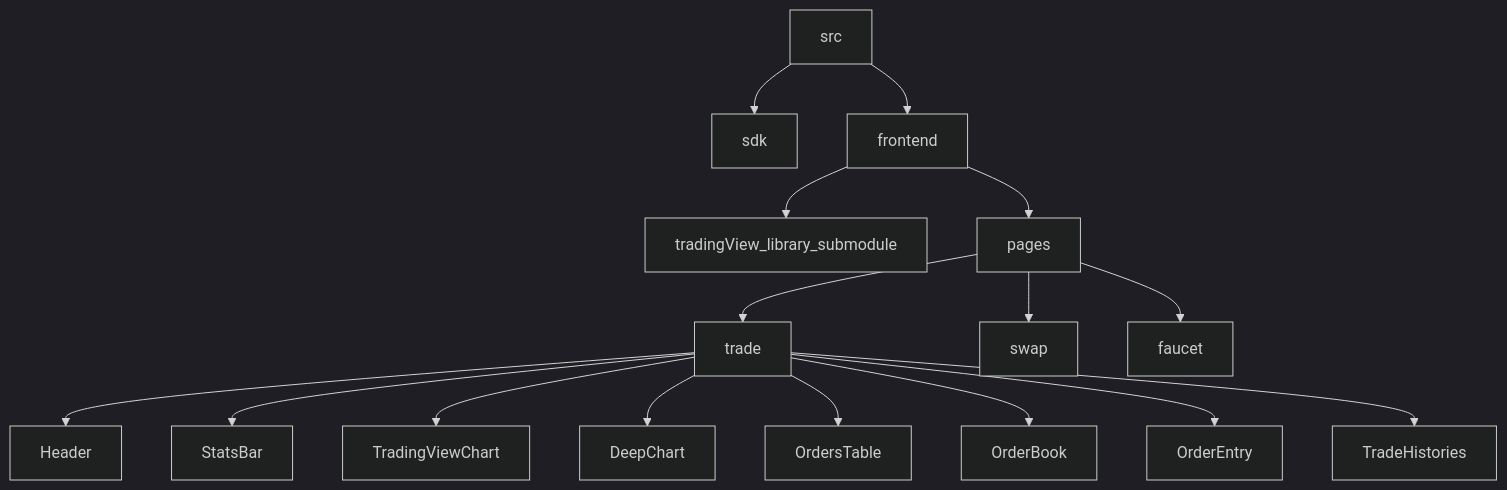
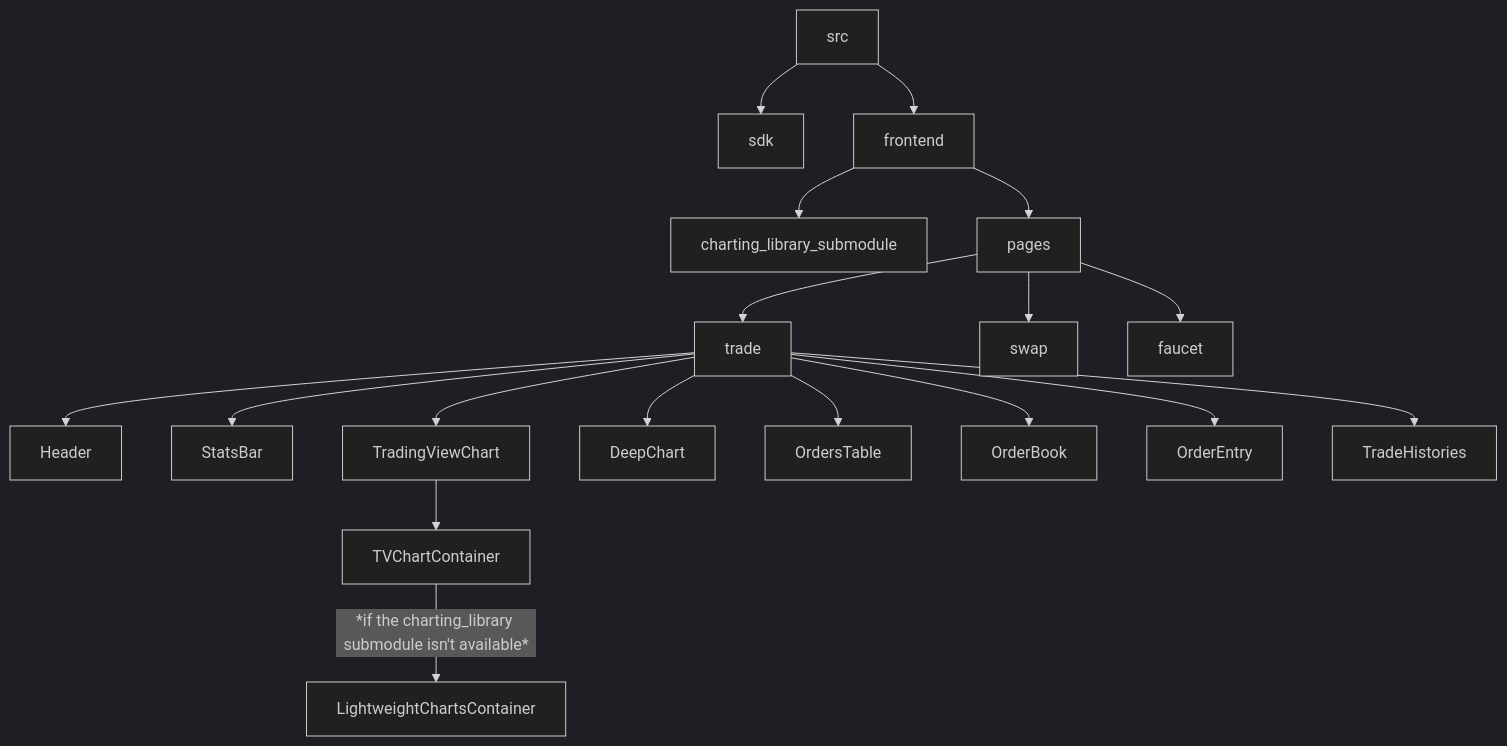
Before and after one commit to econia-labs/econia: the diagram in doc/doc-site/docs/integrators/reference-frontend.md, drawn with Mermaid (dark theme). The commit also changed other lines of this file and 1 other file, not shown here.

```````diff
--- a/doc/doc-site/docs/integrators/reference-frontend.md
+++ b/doc/doc-site/docs/integrators/reference-frontend.md
@@ -48,18 +47,20 @@
 ```mermaid
-graph TD;
-    src-->sdk;
-    src-->frontend;
-    frontend-->tradingView_library_submodule;
-    frontend-->pages;
-    pages-->trade;
-    pages-->swap;
-    pages-->faucet;
-    trade-->Header;
-    trade-->StatsBar;
-    trade-->TradingViewChart;
-    trade-->DeepChart;
-    trade-->OrdersTable;
-    trade-->OrderBook;
-    trade-->OrderEntry;
-    trade-->TradeHistories;
+   graph TD;
+      src-->sdk;
+      src-->frontend;
+      frontend-->charting_library_submodule;
+      frontend-->pages;
+      pages-->trade;
+      pages-->swap;
+      pages-->faucet;
+      trade-->Header;
+      trade-->StatsBar;
+      trade-->TradingViewChart;
+      trade-->DeepChart;
+      trade-->OrdersTable;
+      trade-->OrderBook;
+      trade-->OrderEntry;
+      trade-->TradeHistories;
+      TradingViewChart-->TVChartContainer;
+      TVChartContainer--"*if the charting_library submodule isn't available*"-->LightweightChartsContainer;
 ``````
```````
